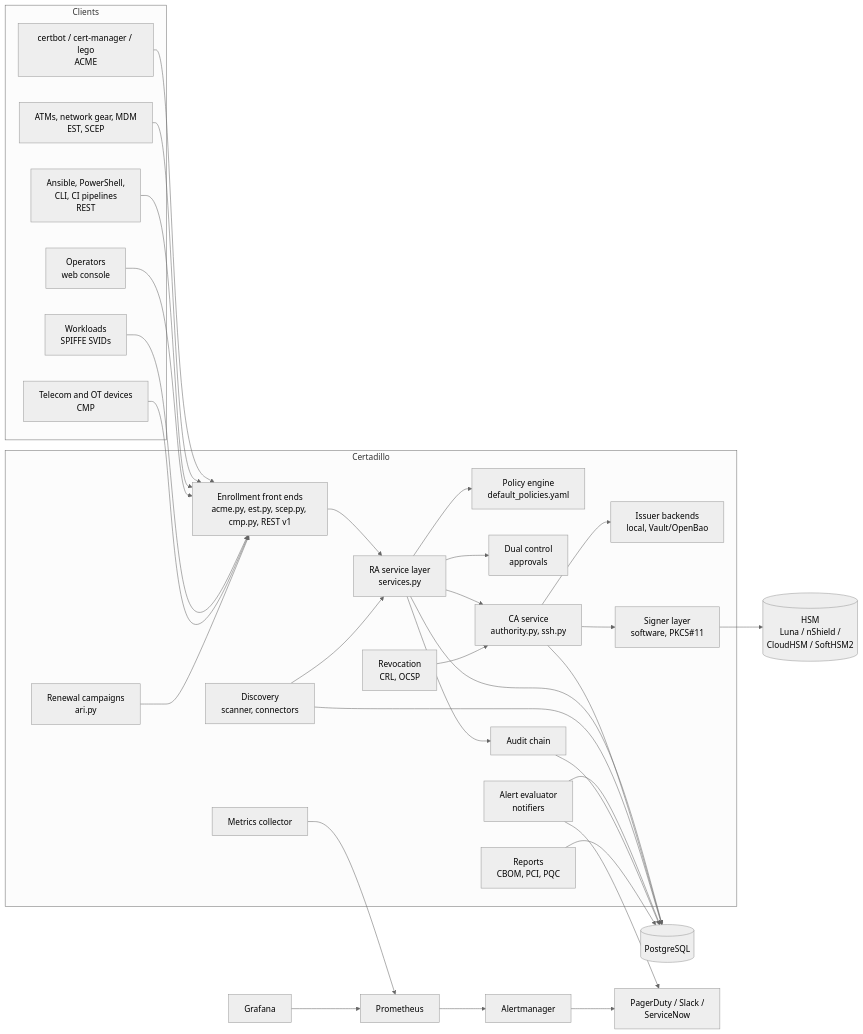
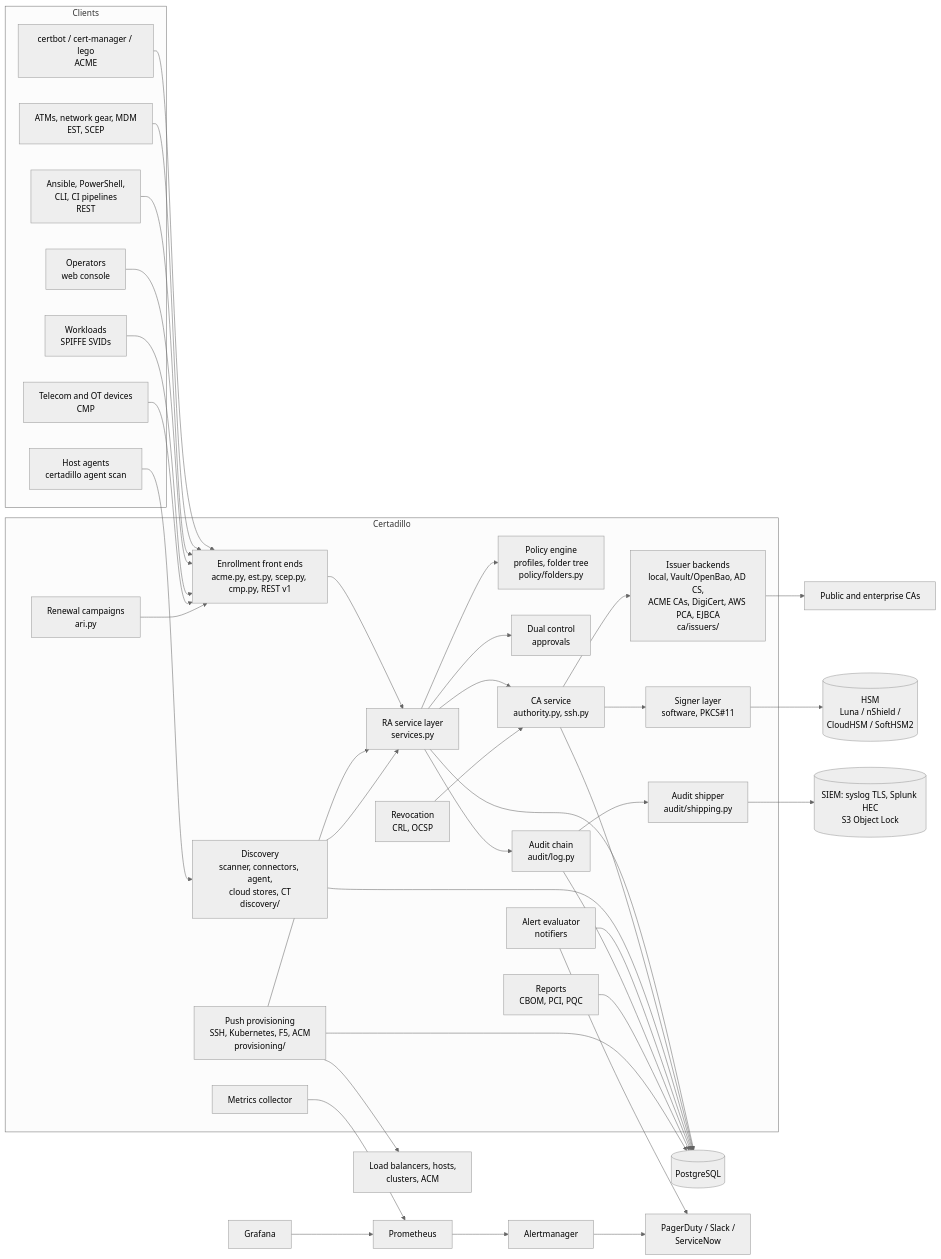
One commit to FlavioImbertDomingos/certadillo changed the diagram in docs/ARCHITECTURE.md. Above: the diagram before and after it, drawn with Mermaid (neutral theme). The commit also changed other lines of this file and 24 other files, not shown here.

First line of the commit message:
Audit shipping, signed records, container hardening

````diff
--- a/docs/ARCHITECTURE.md
+++ b/docs/ARCHITECTURE.md
@@ -14,43 +14,54 @@
 ```mermaid
 flowchart LR
   subgraph Clients
     A1[certbot / cert-manager / lego<br/>ACME]
     A2[ATMs, network gear, MDM<br/>EST, SCEP]
     A6[Telecom and OT devices<br/>CMP]
     A3[Ansible, PowerShell,<br/>CLI, CI pipelines<br/>REST]
     A4[Operators<br/>web console]
     A5[Workloads<br/>SPIFFE SVIDs]
+    A7[Host agents<br/>certadillo agent scan]
   end
   subgraph Certadillo
     E[Enrollment front ends<br/>acme.py, est.py, scep.py, cmp.py, REST v1]
     ARI[Renewal campaigns<br/>ari.py]
     RA[RA service layer<br/>services.py]
-    P[Policy engine<br/>default_policies.yaml]
+    P[Policy engine<br/>profiles, folder tree<br/>policy/folders.py]
     DC[Dual control<br/>approvals]
     CA[CA service<br/>authority.py, ssh.py]
-    BK[Issuer backends<br/>local, Vault/OpenBao]
+    BK[Issuer backends<br/>local, Vault/OpenBao, AD CS,<br/>ACME CAs, DigiCert, AWS PCA, EJBCA<br/>ca/issuers/]
     S[Signer layer<br/>software, PKCS#11]
     R[Revocation<br/>CRL, OCSP]
-    D[Discovery<br/>scanner, connectors]
+    D[Discovery<br/>scanner, connectors, agent,<br/>cloud stores, CT<br/>discovery/]
+    PV[Push provisioning<br/>SSH, Kubernetes, F5, ACM<br/>provisioning/]
     AL[Alert evaluator<br/>notifiers]
-    AU[Audit chain]
+    AU[Audit chain<br/>audit/log.py]
+    SH[Audit shipper<br/>audit/shipping.py]
     M[Metrics collector]
     REP[Reports<br/>CBOM, PCI, PQC]
   end
   HSM[(HSM<br/>Luna / nShield /<br/>CloudHSM / SoftHSM2)]
   DB[(PostgreSQL)]
+  SIEM[(SIEM: syslog TLS, Splunk HEC<br/>S3 Object Lock)]
+  TG[Load balancers, hosts,<br/>clusters, ACM]
+  UP[Public and enterprise CAs]
   PR[Prometheus] --> AM[Alertmanager] --> OC[PagerDuty / Slack /<br/>ServiceNow]
   G[Grafana] --> PR
   A1 & A2 & A3 & A4 & A5 & A6 --> E --> RA
+  A7 --> D
   ARI --> E
   RA --> P
   RA --> DC
   RA --> CA --> BK
   CA --> S --> HSM
   RA --> AU
+  AU --> SH --> SIEM
+  PV --> RA
+  PV --> TG
+  BK --> UP
   R --> CA
   D --> RA
   AL --> OC
   M --> PR
-  RA & CA & D & AL & AU & REP --> DB
+  RA & CA & D & AL & AU & REP & PV --> DB
 ```
````
